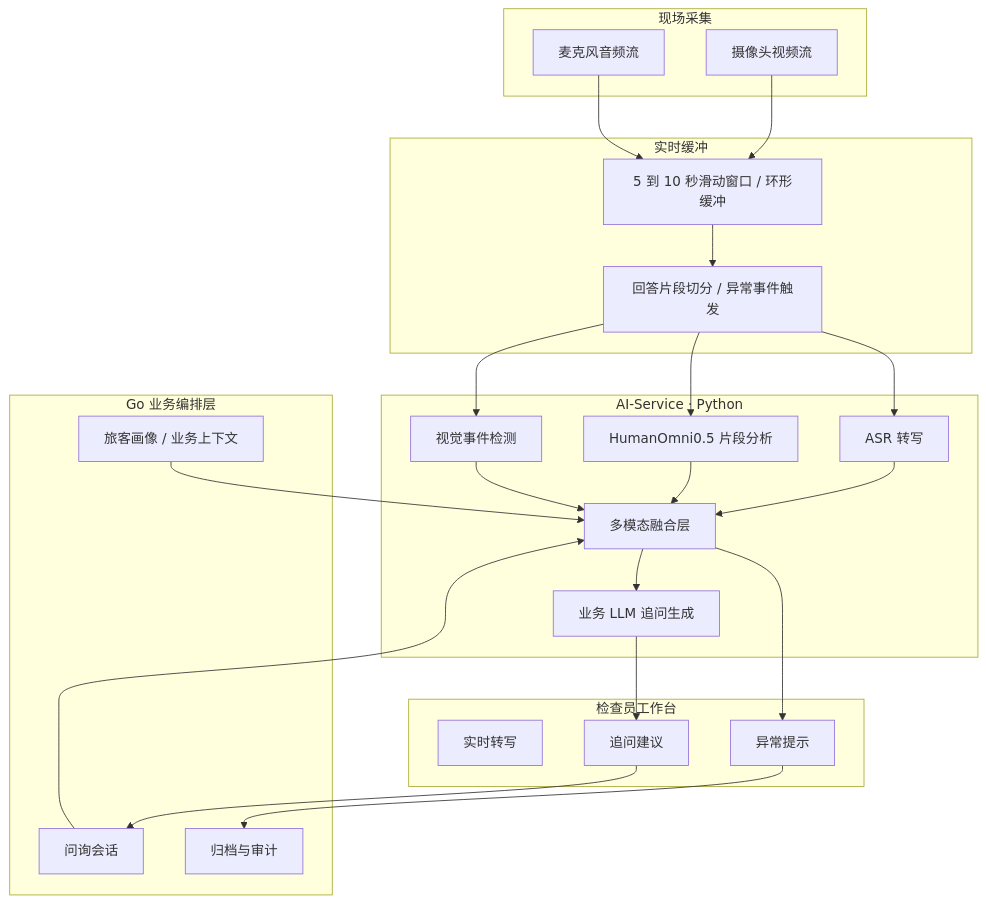
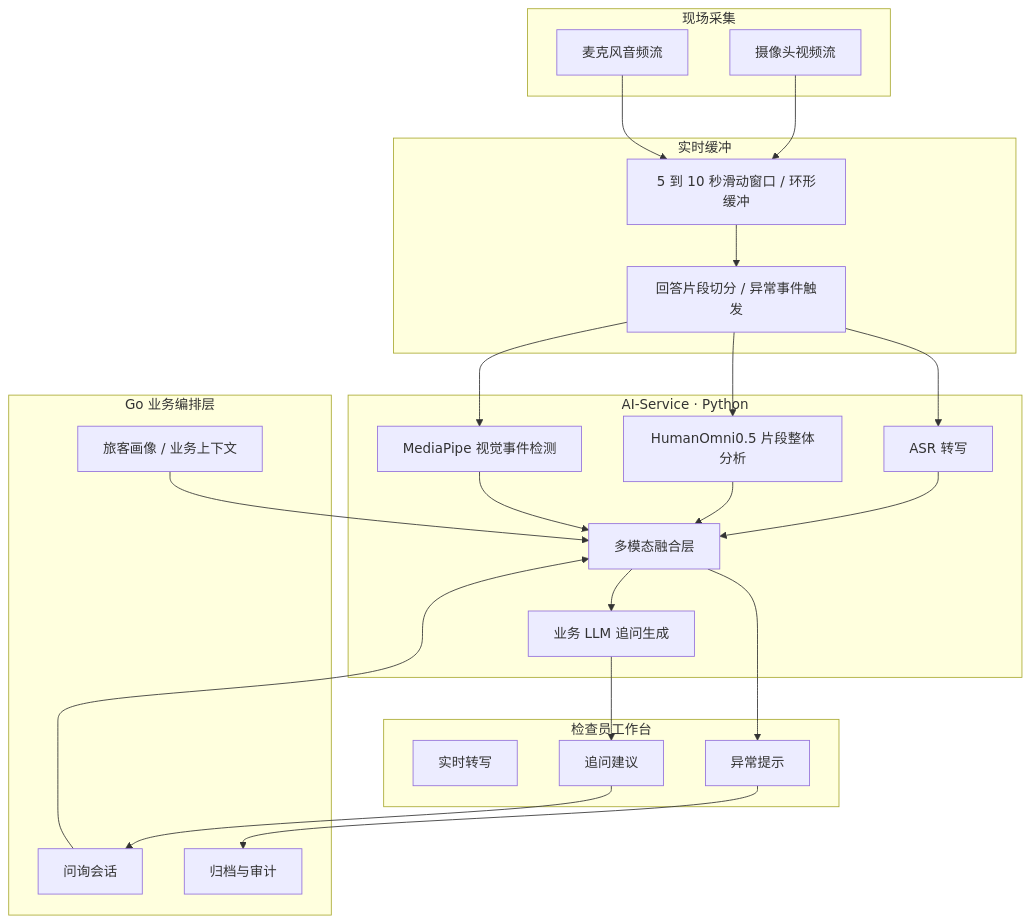
One commit to 405core/ipra changed the diagram in docs/ai-service-development/ai-service-architecture-and-examples.md. Above: the diagram before and after it, drawn with Mermaid. The commit also changed other lines of this file and 12 other files, not shown here.

````diff
--- a/docs/ai-service-development/ai-service-architecture-and-examples.md
+++ b/docs/ai-service-development/ai-service-architecture-and-examples.md
@@ -42,49 +42,49 @@
 ```mermaid
 flowchart TB
     subgraph Capture["现场采集"]
         camera["摄像头视频流"]
         mic["麦克风音频流"]
     end
 
     subgraph Buffer["实时缓冲"]
         ring["5 到 10 秒滑动窗口 / 环形缓冲"]
         segment["回答片段切分 / 异常事件触发"]
     end
 
     subgraph AIService["AI-Service · Python"]
         asr["ASR 转写"]
-        humanomni["HumanOmni0.5 片段分析"]
-        visual["视觉事件检测"]
+        humanomni["HumanOmni0.5 片段整体分析"]
+        visual["MediaPipe 视觉事件检测"]
         fusion["多模态融合层"]
         llm["业务 LLM 追问生成"]
     end
 
     subgraph Backend["Go 业务编排层"]
         session["问询会话"]
         profile["旅客画像 / 业务上下文"]
         audit["归档与审计"]
     end
 
     subgraph UI["检查员工作台"]
         transcript["实时转写"]
         alerts["异常提示"]
         followup["追问建议"]
     end
 
     camera --> ring
     mic --> ring
     ring --> segment
     segment --> asr
     segment --> humanomni
     segment --> visual
     asr --> fusion
     humanomni --> fusion
     visual --> fusion
     profile --> fusion
     session --> fusion
     fusion --> llm
     fusion --> alerts
     llm --> followup
     followup --> session
     alerts --> audit
 ```
````
